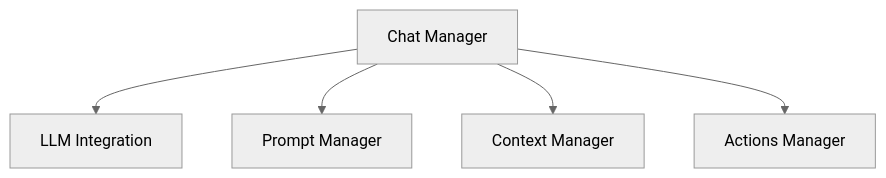
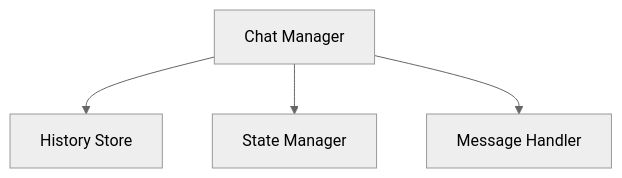
The diagram in packages/chat-management/README.md (mrsimpson/piddie), drawn with Mermaid (neutral theme) before and after one commit. The commit also changed other lines of this file and 5 other files, not shown here.

````diff
--- a/packages/chat-management/README.md
+++ b/packages/chat-management/README.md
@@ -9,7 +9,6 @@
 ```mermaid
 graph TD
-    CM[Chat Manager] --> LLM[LLM Integration]
-    CM --> PM[Prompt Manager]
-    CM --> CTX[Context Manager]
-    CM --> ACT[Actions Manager]
+    CM[Chat Manager] --> H[History Store]
+    CM --> S[State Manager]
+    CM --> M[Message Handler]
 ```
````
